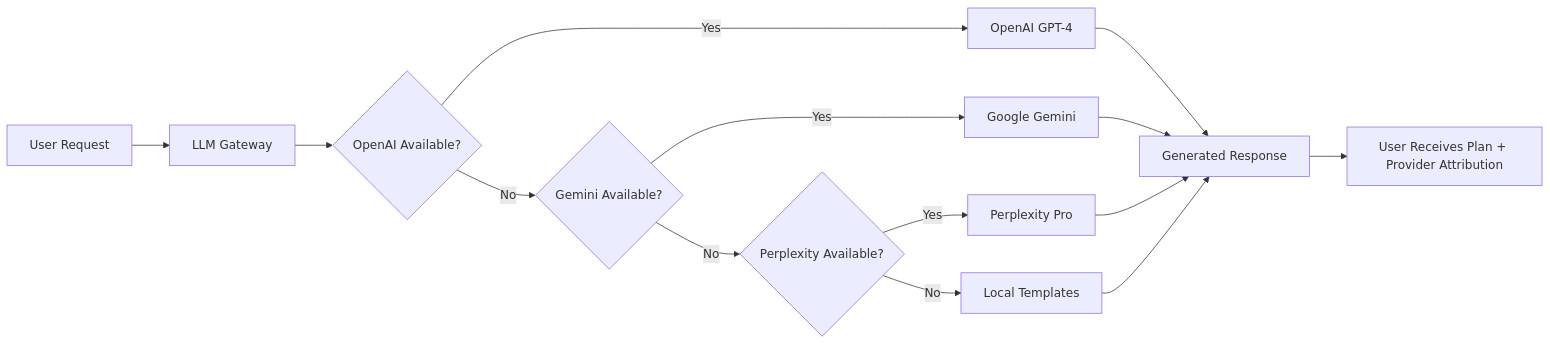
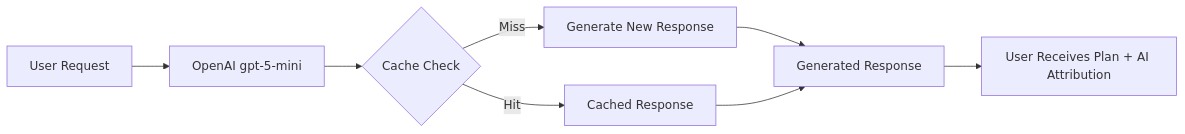
Before and after one commit to vedprakash-m/vigor: the tenth of 15 diagrams in docs/User_Experience.md, drawn with Mermaid. The commit also changed other lines of this file and 72 other files, not shown here.

````diff
--- a/docs/User_Experience.md
+++ b/docs/User_Experience.md
@@ -685,18 +681,10 @@
 ```mermaid
 flowchart LR
-  Request[User Request] --> Gateway[LLM Gateway]
-  Gateway --> Primary{OpenAI Available?}
-  Primary -->|Yes| OpenAI[OpenAI GPT-4]
-  Primary -->|No| Secondary{Gemini Available?}
-  Secondary -->|Yes| Gemini[Google Gemini]
-  Secondary -->|No| Tertiary{Perplexity Available?}
-  Tertiary -->|Yes| Perplexity[Perplexity Pro]
-  Tertiary -->|No| Fallback[Local Templates]
-
-  OpenAI --> Response[Generated Response]
-  Gemini --> Response
-  Perplexity --> Response
-  Fallback --> Response
-
-  Response --> User[User Receives Plan + Provider Attribution]
+  Request[User Request] --> AI[OpenAI gpt-5-mini]
+  AI --> Cache{Cache Check}
+  Cache -->|Hit| Cached[Cached Response]
+  Cache -->|Miss| Generate[Generate New Response]
+  Generate --> Response[Generated Response]
+  Cached --> Response
+  Response --> User[User Receives Plan + AI Attribution]
 ```
````
